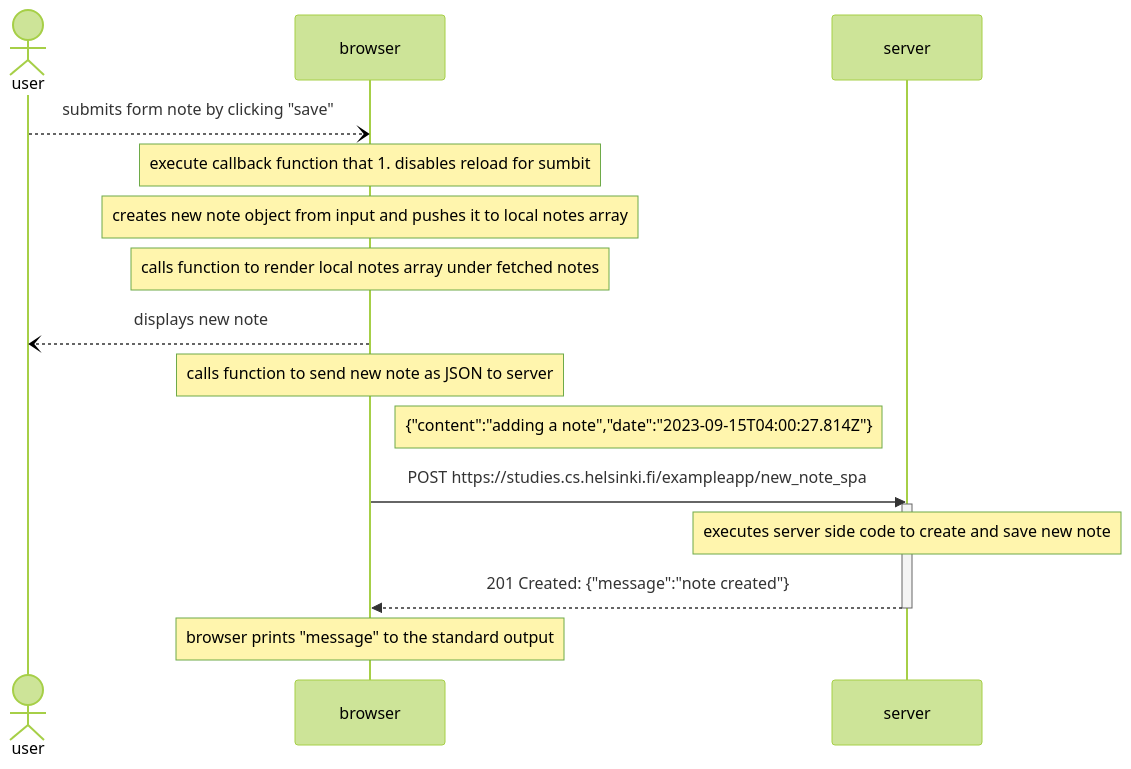
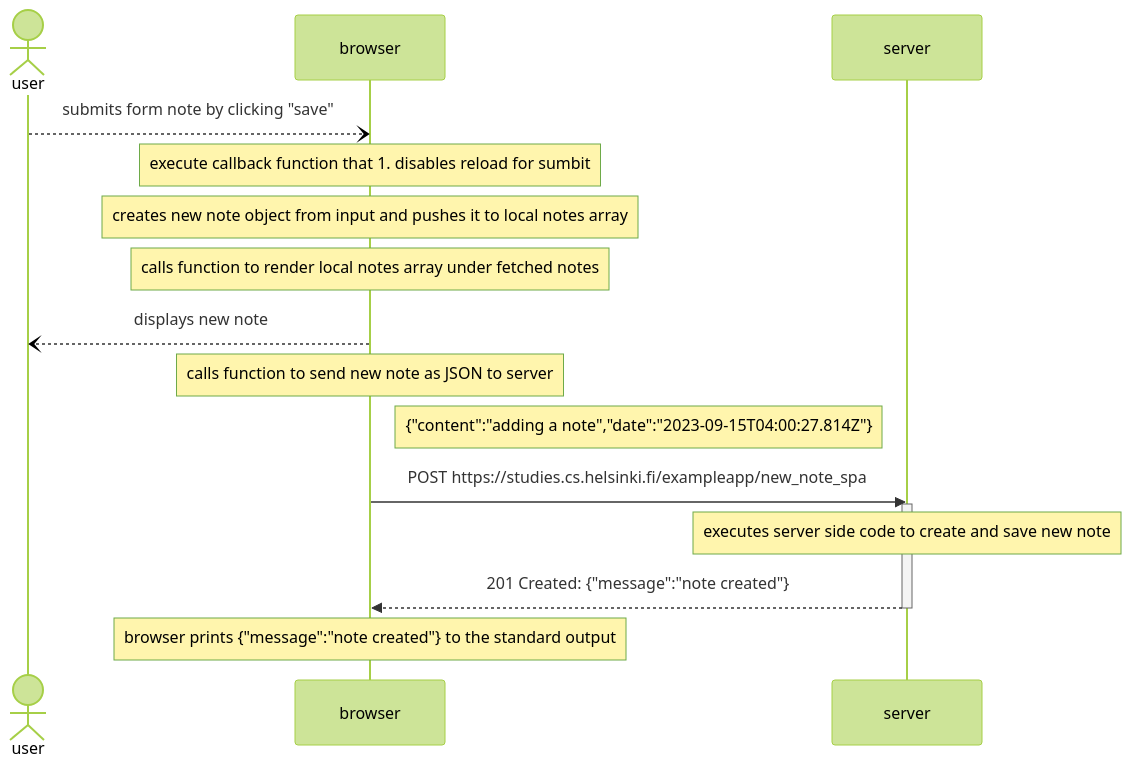
One commit to Dani-0TB/fullstack-open-submissions changed the diagram in part0/0.6-sp-new-note-diagram.md. Above: the diagram before and after it, drawn with Mermaid (forest theme).

Commit message:
changed some styling to aid (i hope) with readibility

````diff
--- a/part0/0.6-sp-new-note-diagram.md
+++ b/part0/0.6-sp-new-note-diagram.md
@@ -3,23 +3,24 @@
 ```mermaid
 
 sequenceDiagram
   actor user
   participant browser
   participant server
   
   user--)browser: submits form note by clicking "save"
   note over browser: execute callback function that 1. disables reload for sumbit
   note over browser: creates new note object from input and pushes it to local notes array
   note over browser: calls function to render local notes array under fetched notes
   browser--)user: displays new note
+
   note over browser: calls function to send new note as JSON to server
   note right of browser: {"content":"adding a note","date":"2023-09-15T04:00:27.814Z"}
- 
-
   browser->>server: POST https://studies.cs.helsinki.fi/exampleapp/new_note_spa
   activate server
   note over server: executes server side code to create and save new note
   server-->>browser: 201 Created: {"message":"note created"}
   deactivate server
-  note over browser: browser prints "message" to the standard output
+
+  note over browser: browser prints {"message":"note created"} to the standard output
+  
 ```
````
